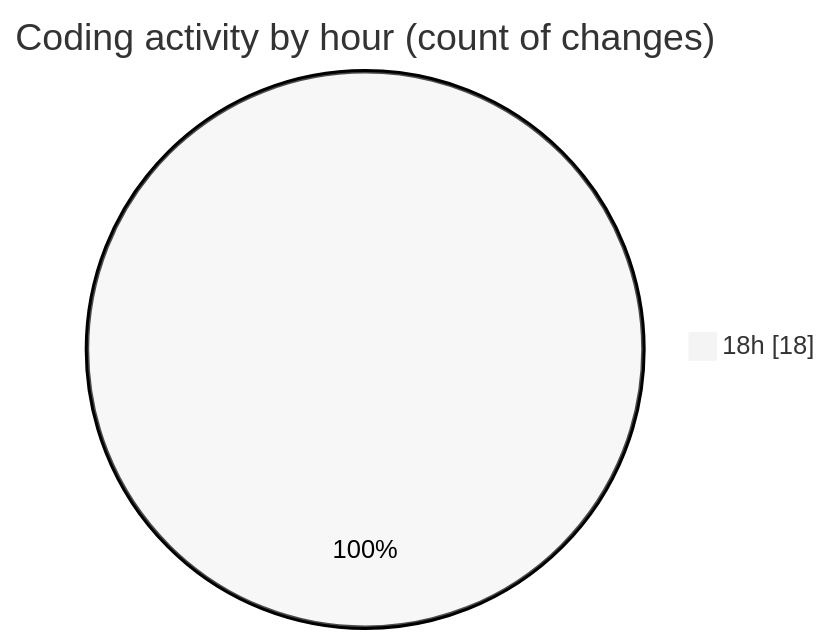
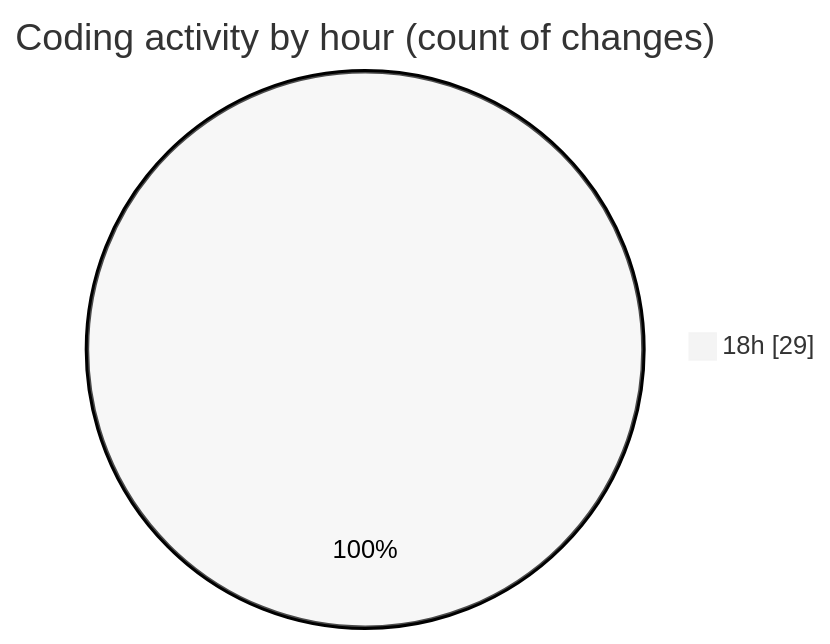
One commit to donsfak/code-tracking changed the second of 2 diagrams in 2025-02-04/maps_clone/README.md. Above: the diagram before and after it, drawn with Mermaid (neutral theme). The commit also changed other lines of this file and 1 other file, not shown here.

````diff
--- a/2025-02-04/maps_clone/README.md
+++ b/2025-02-04/maps_clone/README.md
@@ -37,5 +41,5 @@
 ```mermaid
 pie showData
 title Coding activity by hour (count of changes)
-"18h" : 18
+"18h" : 29
 ```
````
